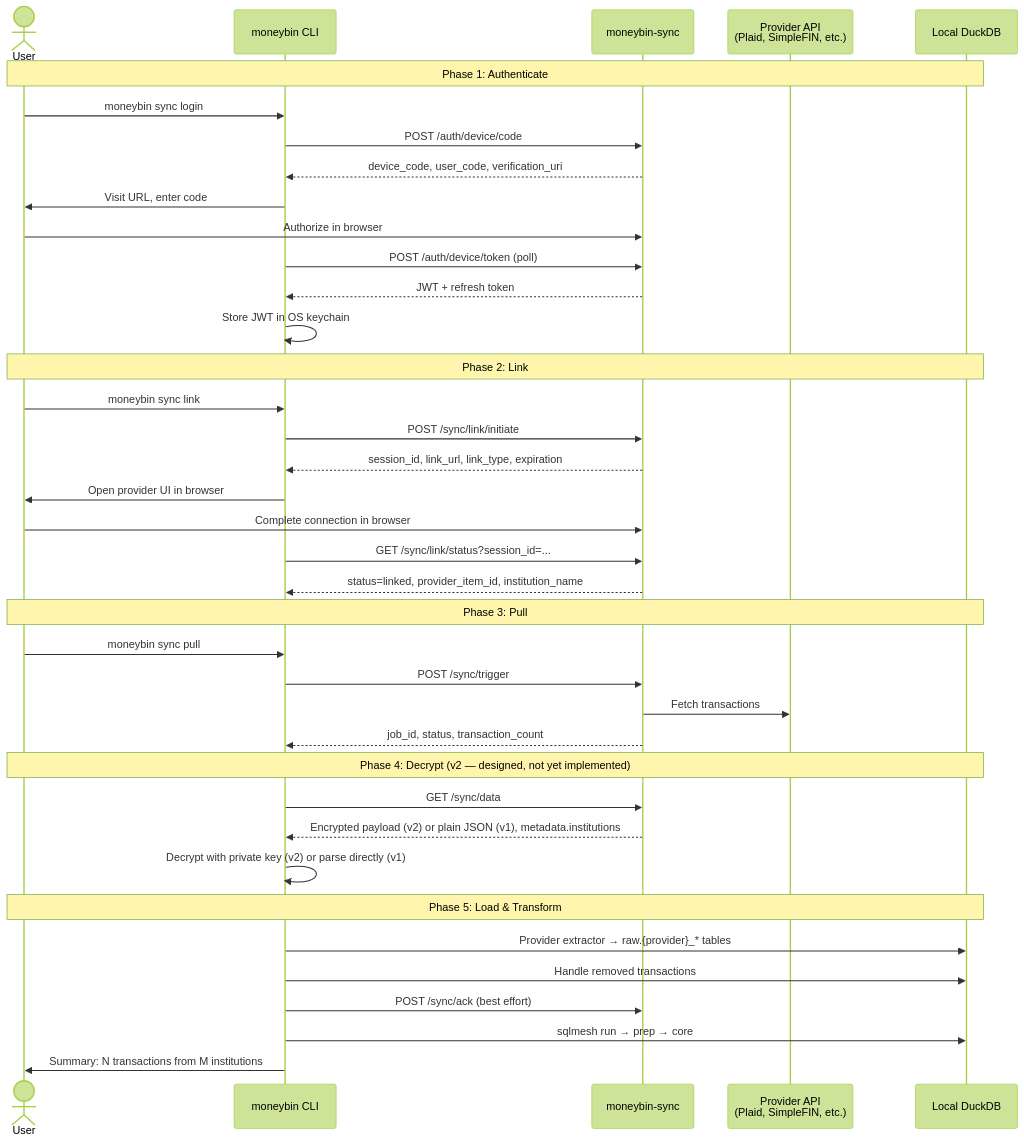
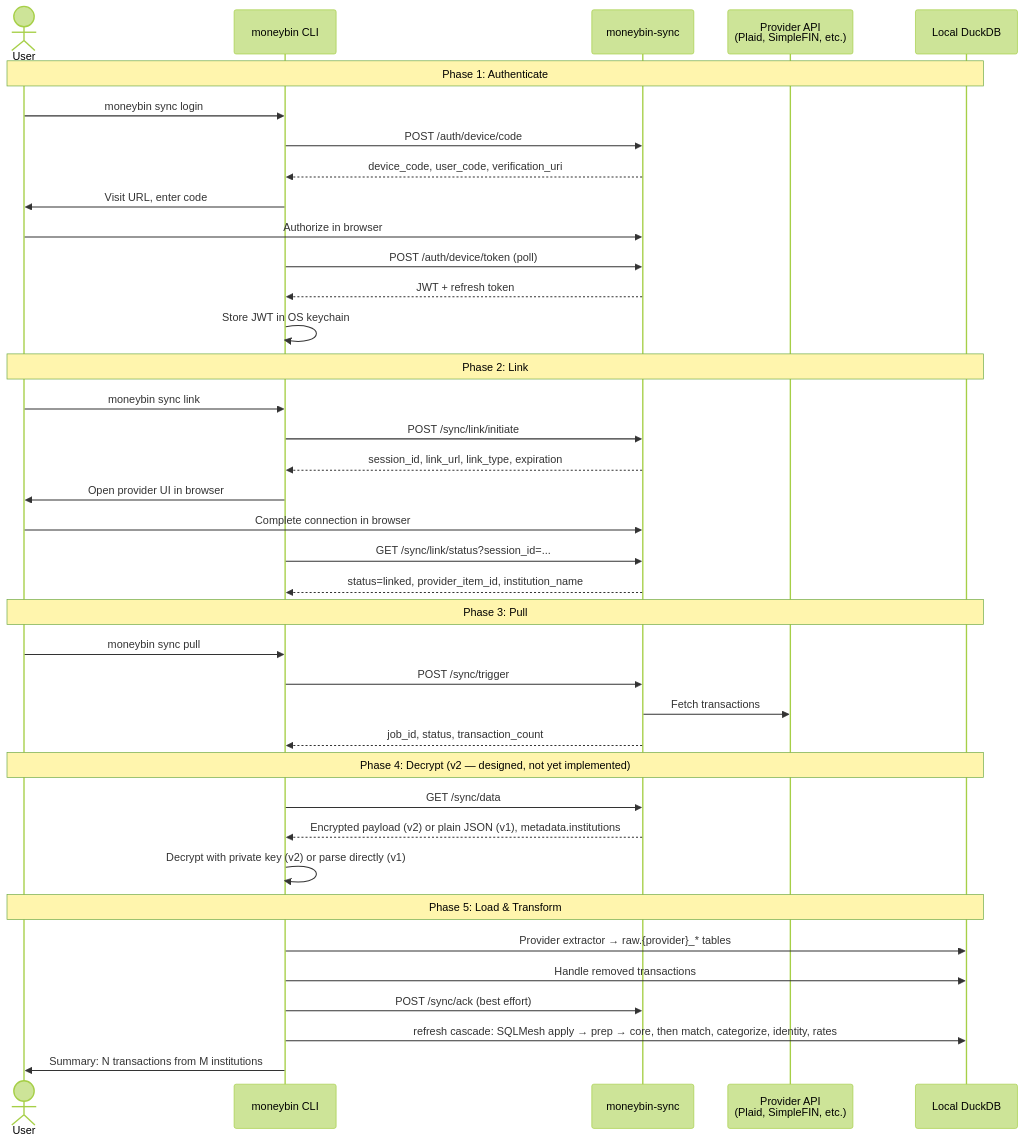
The first of 2 diagrams in docs/specs/sync-overview.md (bsaffel/moneybin), drawn with Mermaid (forest theme) before and after one commit. The commit also changed other lines of this file and 3 other files, not shown here.

````diff
--- a/docs/specs/sync-overview.md
+++ b/docs/specs/sync-overview.md
@@ -68,45 +68,45 @@
 ```mermaid
 sequenceDiagram
     actor User
     participant CLI as moneybin CLI
     participant Server as moneybin-sync
     participant Provider as Provider API<br/>(Plaid, SimpleFIN, etc.)
     participant DB as Local DuckDB
 
     Note over User,DB: Phase 1: Authenticate
     User->>CLI: moneybin sync login
     CLI->>Server: POST /auth/device/code
     Server-->>CLI: device_code, user_code, verification_uri
     CLI->>User: Visit URL, enter code
     User->>Server: Authorize in browser
     CLI->>Server: POST /auth/device/token (poll)
     Server-->>CLI: JWT + refresh token
     CLI->>CLI: Store JWT in OS keychain
 
     Note over User,DB: Phase 2: Link
     User->>CLI: moneybin sync link
     CLI->>Server: POST /sync/link/initiate
     Server-->>CLI: session_id, link_url, link_type, expiration
     CLI->>User: Open provider UI in browser
     User->>Server: Complete connection in browser
     CLI->>Server: GET /sync/link/status?session_id=...
     Server-->>CLI: status=linked, provider_item_id, institution_name
 
     Note over User,DB: Phase 3: Pull
     User->>CLI: moneybin sync pull
     CLI->>Server: POST /sync/trigger
     Server->>Provider: Fetch transactions
     Server-->>CLI: job_id, status, transaction_count
 
     Note over User,DB: Phase 4: Decrypt (v2 — designed, not yet implemented)
     CLI->>Server: GET /sync/data
     Server-->>CLI: Encrypted payload (v2) or plain JSON (v1), metadata.institutions
     CLI->>CLI: Decrypt with private key (v2) or parse directly (v1)
 
     Note over User,DB: Phase 5: Load & Transform
     CLI->>DB: Provider extractor → raw.{provider}_* tables
     CLI->>DB: Handle removed transactions
     CLI->>Server: POST /sync/ack (best effort)
-    CLI->>DB: sqlmesh run → prep → core
+    CLI->>DB: refresh cascade: SQLMesh apply → prep → core, then match, categorize, identity, rates
     CLI->>User: Summary: N transactions from M institutions
 ```
````
